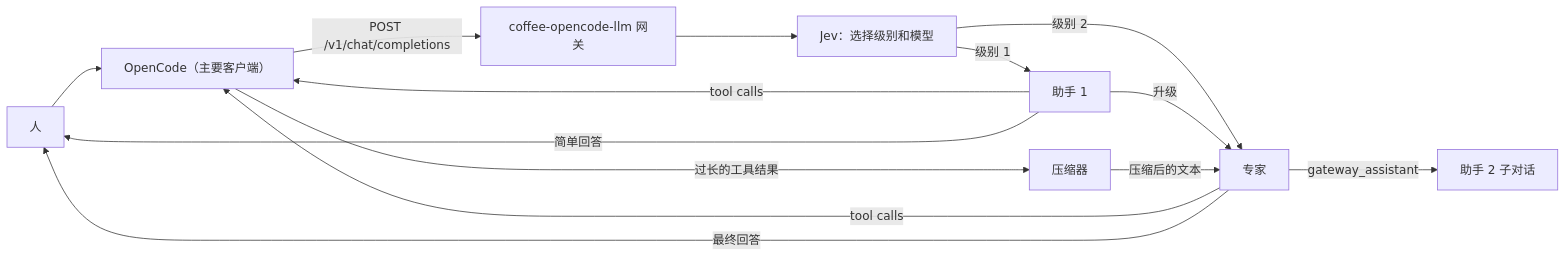
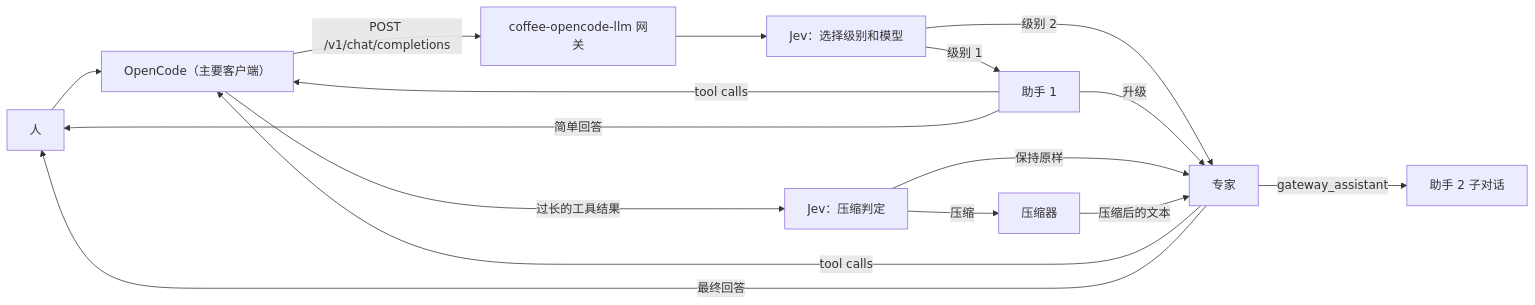
Before and after one commit to coffeebreak-ai/coffee-opencode-llm: the first of 2 diagrams in README.zh-cn.md, drawn with Mermaid. The commit also changed other lines of this file and 4 other files, not shown here.

First line of the commit message:
chore: Jev decides compression in the diagrams, honest settings docs

````diff
--- a/README.zh-cn.md
+++ b/README.zh-cn.md
@@ -18,16 +18,18 @@
 ```mermaid
 flowchart LR
     human["人"] --> oc["OpenCode（主要客户端）"]
     oc -->|"POST /v1/chat/completions"| gw["coffee-opencode-llm 网关"]
     gw --> decide["Jev：选择级别和模型"]
     decide -->|"级别 1"| asst["助手 1"]
     decide -->|"级别 2"| expert["专家"]
     asst -->|"升级"| expert
     expert -->|"gateway_assistant"| helper["助手 2 子对话"]
     asst -->|"tool calls"| oc
     expert -->|"tool calls"| oc
-    oc -->|"过长的工具结果"| deflator["压缩器"]
+    oc -->|"过长的工具结果"| jevd["Jev：压缩判定"]
+    jevd -->|"压缩"| deflator["压缩器"]
+    jevd -->|"保持原样"| expert
     deflator -->|"压缩后的文本"| expert
     asst -->|"简单回答"| human
     expert -->|"最终回答"| human
 ```
````
